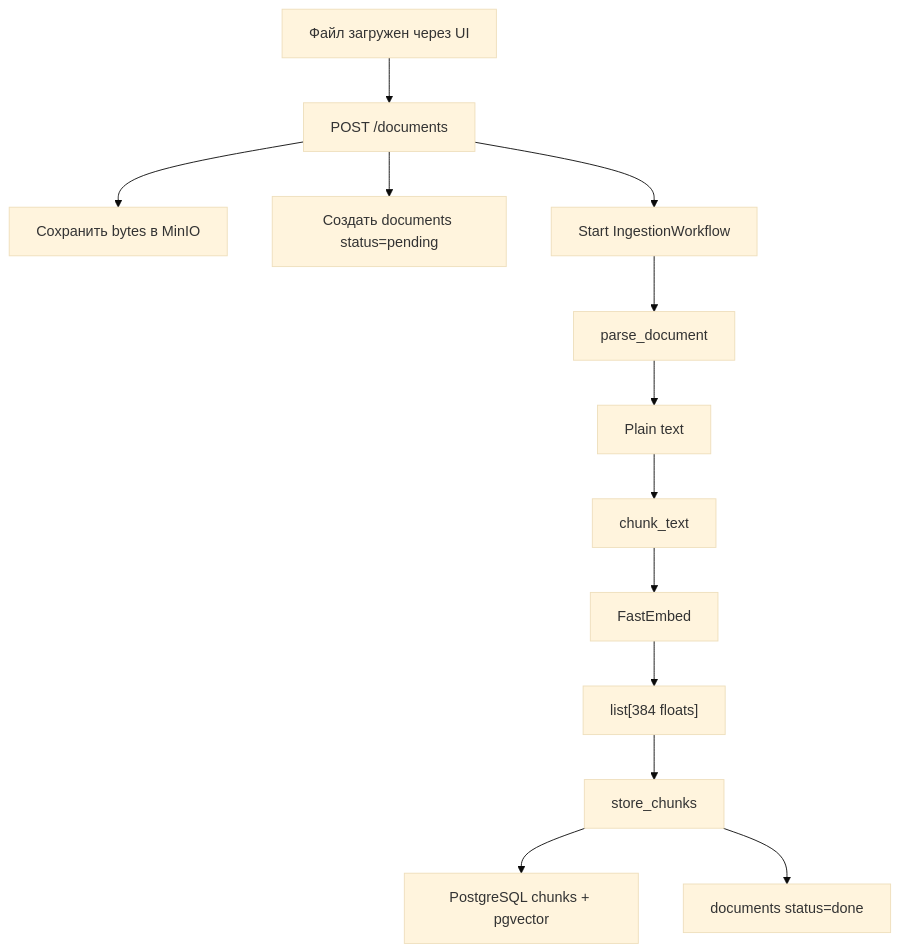
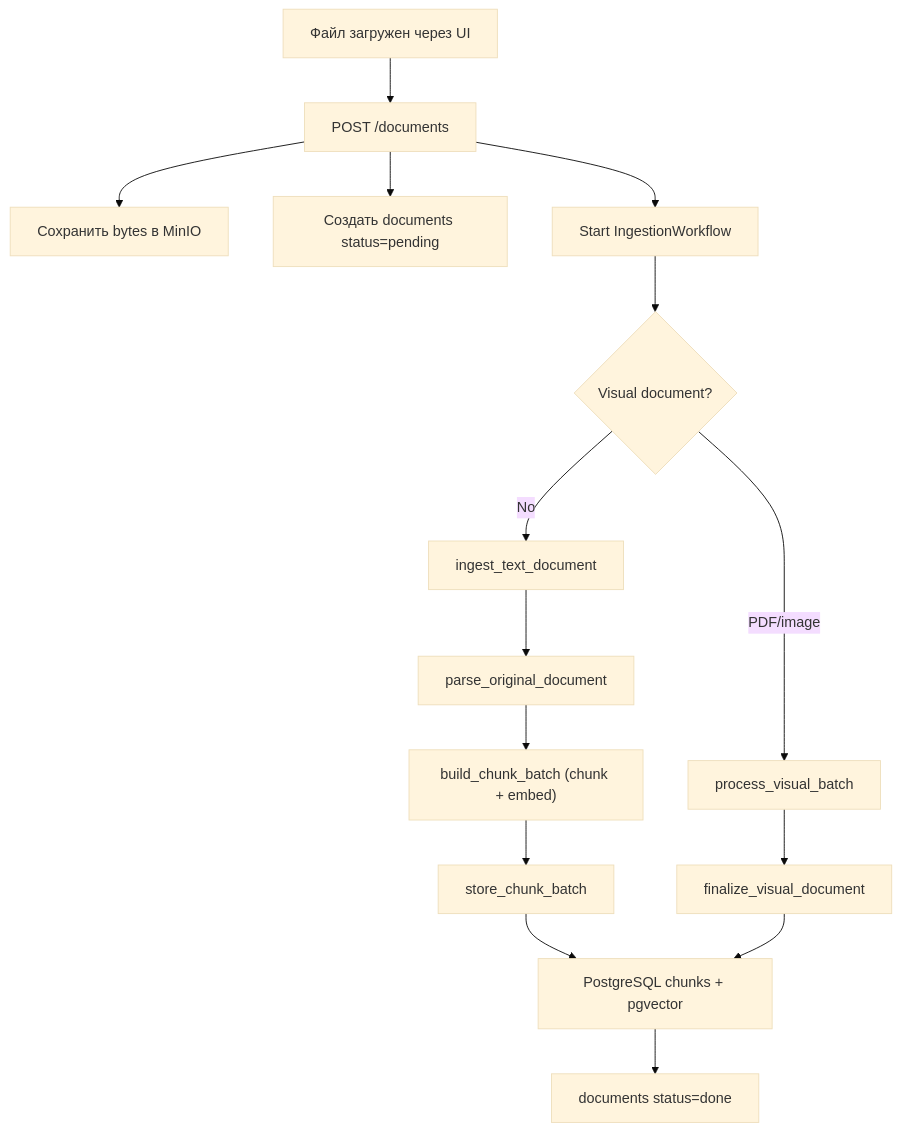
One commit to Modern-Messiah/AI-AGENT-PLATFORM- changed the fifth of 8 diagrams in PROJECT_DOCUMENTATION.md. Above: the diagram before and after it, drawn with Mermaid (base theme). The commit also changed other lines of this file and 5 other files, not shown here.

````diff
--- a/PROJECT_DOCUMENTATION.md
+++ b/PROJECT_DOCUMENTATION.md
@@ -508,15 +516,17 @@
 ```mermaid
 flowchart TD
     Upload["Файл загружен через UI"] --> API["POST /documents"]
     API --> MinIO["Сохранить bytes в MinIO"]
     API --> DocRow["Создать documents status=pending"]
     API --> Temporal["Start IngestionWorkflow"]
-    Temporal --> Parse["parse_document"]
-    Parse --> Text["Plain text"]
-    Text --> Chunk["chunk_text"]
-    Chunk --> Embed["FastEmbed"]
-    Embed --> Vectors["list[384 floats]"]
-    Vectors --> Store["store_chunks"]
+    Temporal --> Kind{"Visual document?"}
+    Kind -->|"No"| TextDoc["ingest_text_document"]
+    Kind -->|"PDF/image"| Visual["process_visual_batch"]
+    TextDoc --> Parse["parse_original_document"]
+    Parse --> ChunkEmbed["build_chunk_batch (chunk + embed)"]
+    ChunkEmbed --> Store["store_chunk_batch"]
+    Visual --> Finalize["finalize_visual_document"]
     Store --> PG["PostgreSQL chunks + pgvector"]
-    Store --> Done["documents status=done"]
+    Finalize --> PG
+    PG --> Done["documents status=done"]
 ```
````
